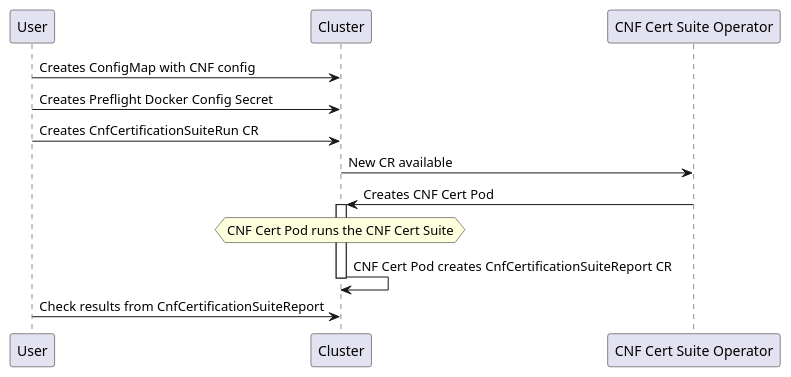
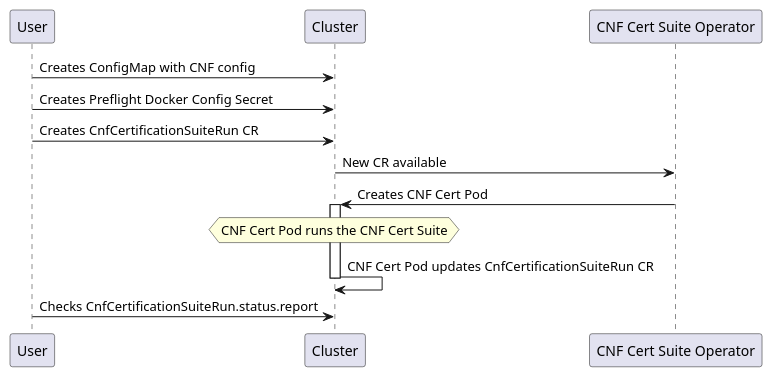
One commit to test-network-function/cnf-certsuite-operator changed the diagram in doc/uml/use_case_run.puml. Above: the diagram before and after it, drawn with PlantUML. The commit also changed 28 other files, not shown here.

First line of the commit message:
CnfCertificationSuiteReport CR removed (#37)

```diff
--- a/doc/uml/use_case_run.puml
+++ b/doc/uml/use_case_run.puml
@@ -1,12 +1,12 @@
 @startuml "Run sequence"
 User -> Cluster : Creates ConfigMap with CNF config
 User -> Cluster: Creates Preflight Docker Config Secret
 User -> Cluster : Creates CnfCertificationSuiteRun CR
 Cluster -> "CNF Cert Suite Operator" : New CR available
 "CNF Cert Suite Operator" -> Cluster : Creates CNF Cert Pod
 hnote over Cluster : CNF Cert Pod runs the CNF Cert Suite
 activate Cluster
-Cluster -> Cluster : CNF Cert Pod creates CnfCertificationSuiteReport CR
+Cluster -> Cluster : CNF Cert Pod updates CnfCertificationSuiteRun CR
 deactivate Cluster
-User -> Cluster : Check results from CnfCertificationSuiteReport
+User -> Cluster : Checks CnfCertificationSuiteRun.status.report
 @enduml
```
